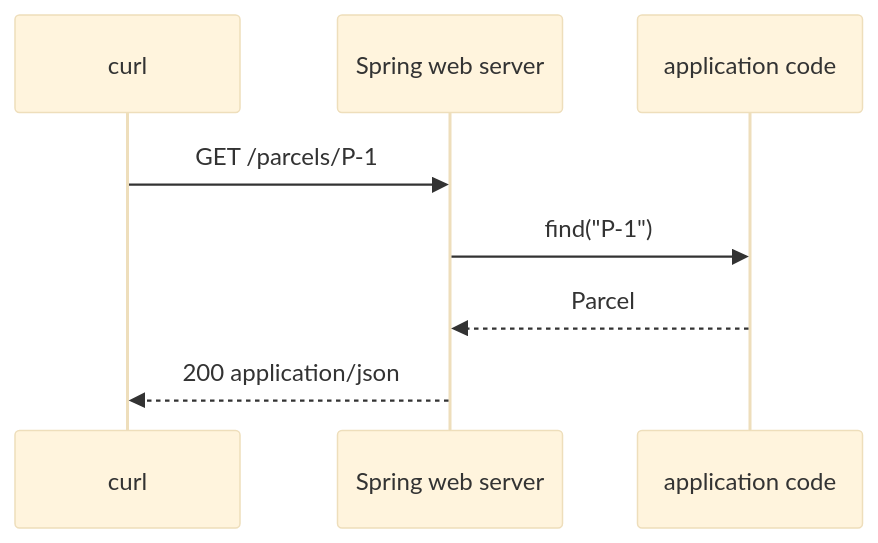
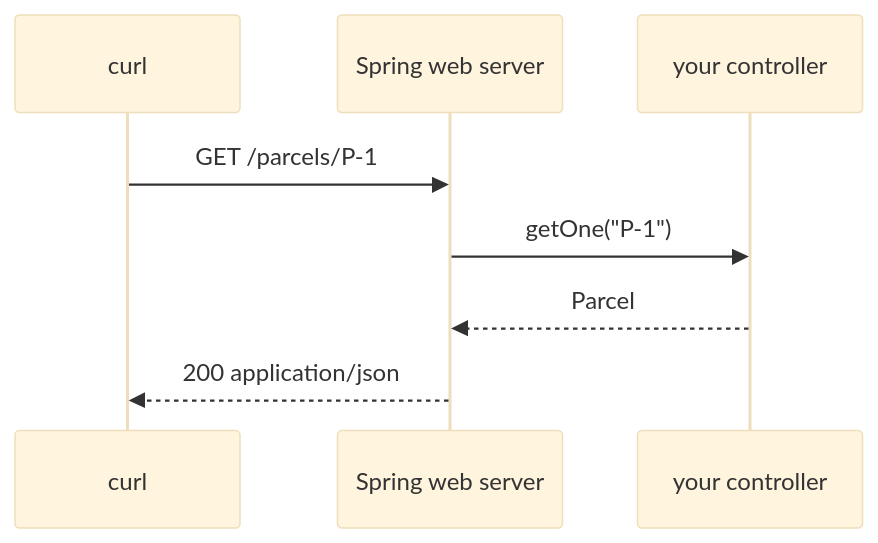
Before and after one commit to kevin-voss/learning-project: the diagram in tracks/spring-boot/references/web-and-api/spring-and-http.md, drawn with Mermaid (base theme). The commit also changed other lines of this file and 66 other files, not shown here.

````diff
--- a/tracks/spring-boot/references/web-and-api/spring-and-http.md
+++ b/tracks/spring-boot/references/web-and-api/spring-and-http.md
@@ -5,10 +12,10 @@
 ```mermaid
 sequenceDiagram
   participant Client as curl
   participant Server as Spring web server
-  participant Code as application code
+  participant Code as your controller
   Client->>Server: GET /parcels/P-1
-  Server->>Code: find("P-1")
+  Server->>Code: getOne("P-1")
   Code-->>Server: Parcel
   Server-->>Client: 200 application/json
 ```
````
